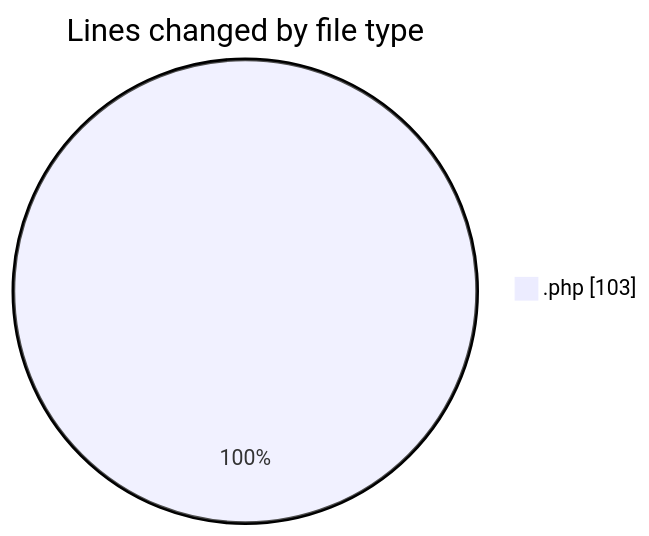
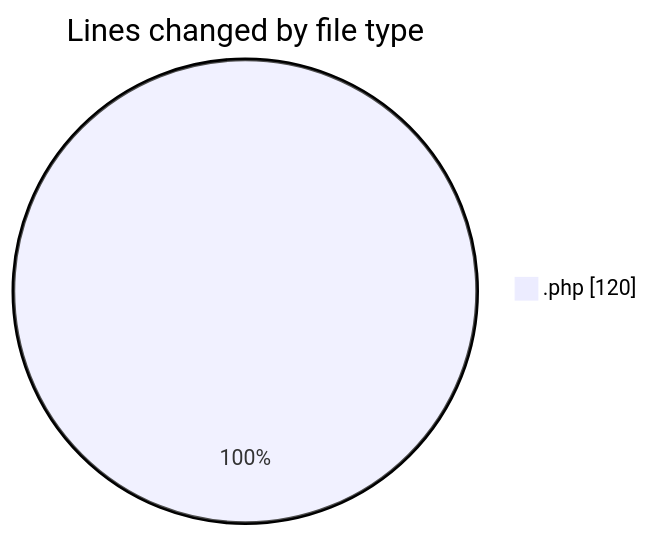
Before and after one commit to LanceThiago/code-tracking: the first of 2 diagrams in 2025-01-22/includes/README.md, drawn with Mermaid. The commit also changed other lines of this file and 1 other file, not shown here.

````diff
--- a/2025-01-22/includes/README.md
+++ b/2025-01-22/includes/README.md
@@ -20,5 +20,5 @@
 ```mermaid
 pie showData
 title Lines changed by file type
-".php" : 103
+".php" : 120
 ```
````
